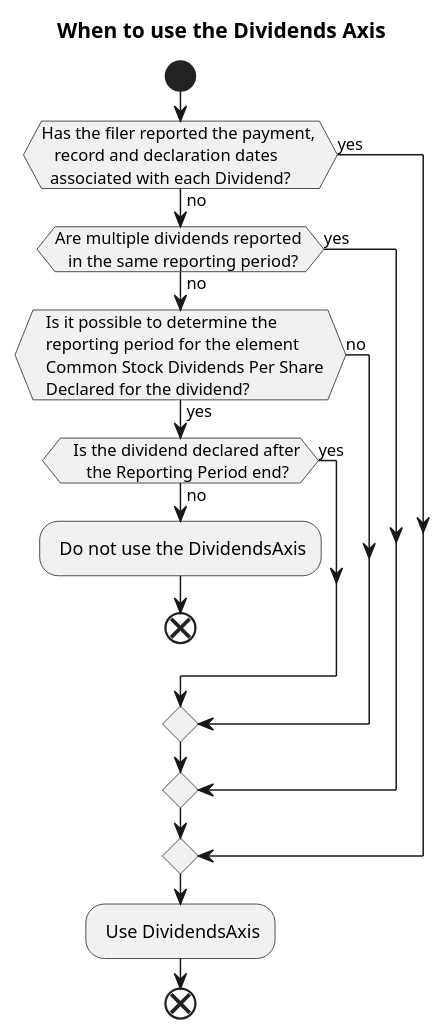
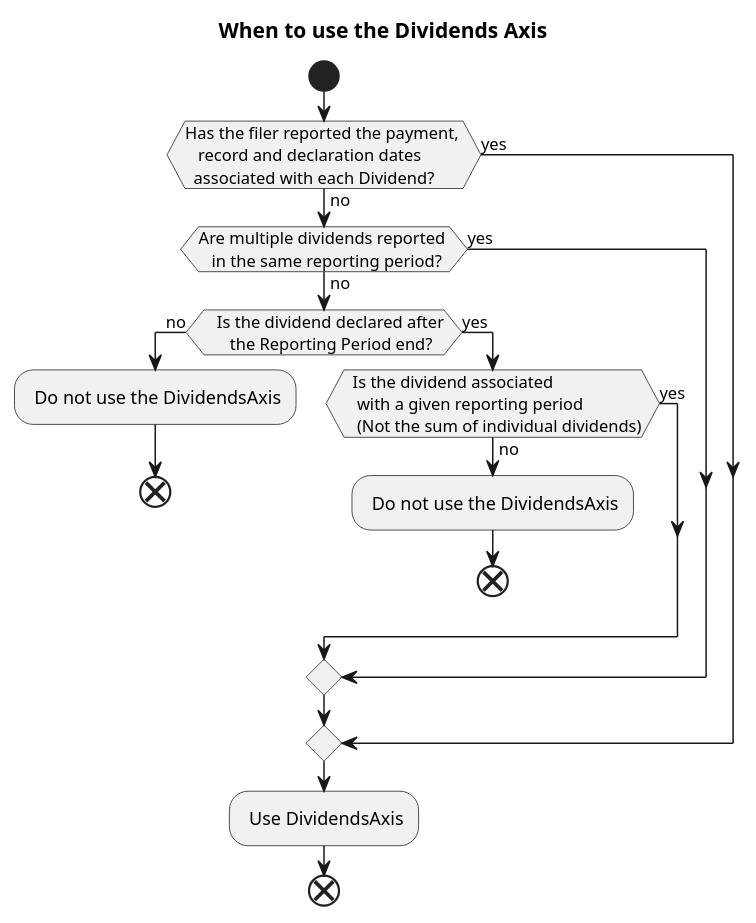
One commit to DataQualityCommittee/dqc_us_rules changed the diagram in guidance/rule-flowcharts/UseOfDividendsAxis.plantuml. Above: the diagram before and after it, drawn with PlantUML. The commit also changed 1 other file, not shown here.

Commit message:
Updated flowcharts for dividend guidance

```diff
--- a/guidance/rule-flowcharts/UseOfDividendsAxis.plantuml
+++ b/guidance/rule-flowcharts/UseOfDividendsAxis.plantuml
@@ -1,48 +1,50 @@
 @startuml dividends_Per_Share
 title "When to use the Dividends Axis"
 !pragma useVerticalIf on
 start
 
  
  if (Has the filer reported the payment, 
    record and declaration dates
   associated with each Dividend?) then (no)
 
    if (Are multiple dividends reported 
    in the same reporting period?) then (no)
 
-      if (   Is it possible to determine the 
-   reporting period for the element 
-   Common Stock Dividends Per Share 
-   Declared for the dividend?) then (yes)
       
       if (   Is the dividend declared after
       the Reporting Period end?) then (no)
       
       : Do not use the DividendsAxis;
       end
       
  else (yes)
+   if (  Is the dividend associated 
+   with a given reporting period 
+   (Not the sum of individual dividends)) then (no)
+   : Do not use the DividendsAxis;
+   end 
+      
+   else (yes)
+   endif
 
     endif 
       
- else (no)
 
-    endif 
       
  else (yes)
 
     endif 
       
       
  else (yes)
 
     endif 
 
                  : Use DividendsAxis;
                
                         
     
 end
 
 @enduml
```
